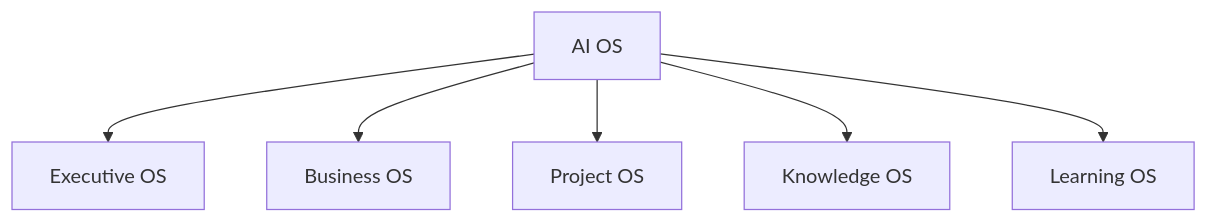
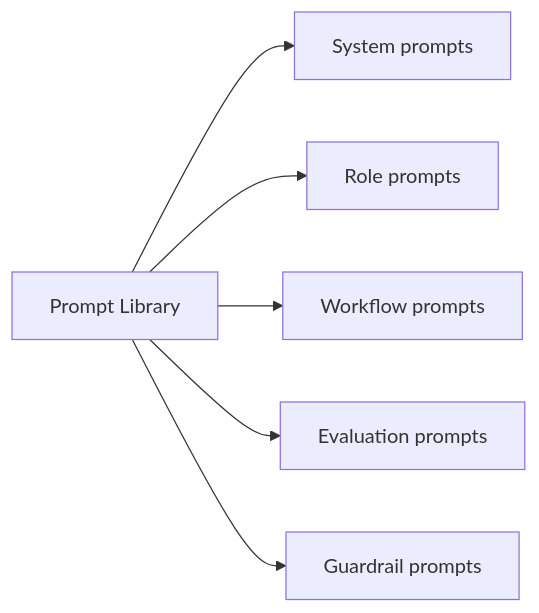
One commit to ebyron357/LifeOS-Enterprise changed the second of 3 diagrams in docs/AI_OS.md. Above: the diagram before and after it, drawn with Mermaid. The commit also changed other lines of this file and 13 other files, not shown here.

Commit message:
docs: add enterprise architecture specifications

````diff
--- a/docs/AI_OS.md
+++ b/docs/AI_OS.md
@@ -56,15 +214,8 @@
 ```mermaid
-flowchart TD
-    AI[AI OS]
-    E[Executive OS]
-    B[Business OS]
-    P[Project OS]
-    K[Knowledge OS]
-    L[Learning OS]
-
-    AI --> E
-    AI --> B
-    AI --> P
-    AI --> K
-    AI --> L
+flowchart LR
+    P[Prompt Library] --> S[System prompts]
+    P --> R[Role prompts]
+    P --> W[Workflow prompts]
+    P --> E[Evaluation prompts]
+    P --> G[Guardrail prompts]
 ```
````
